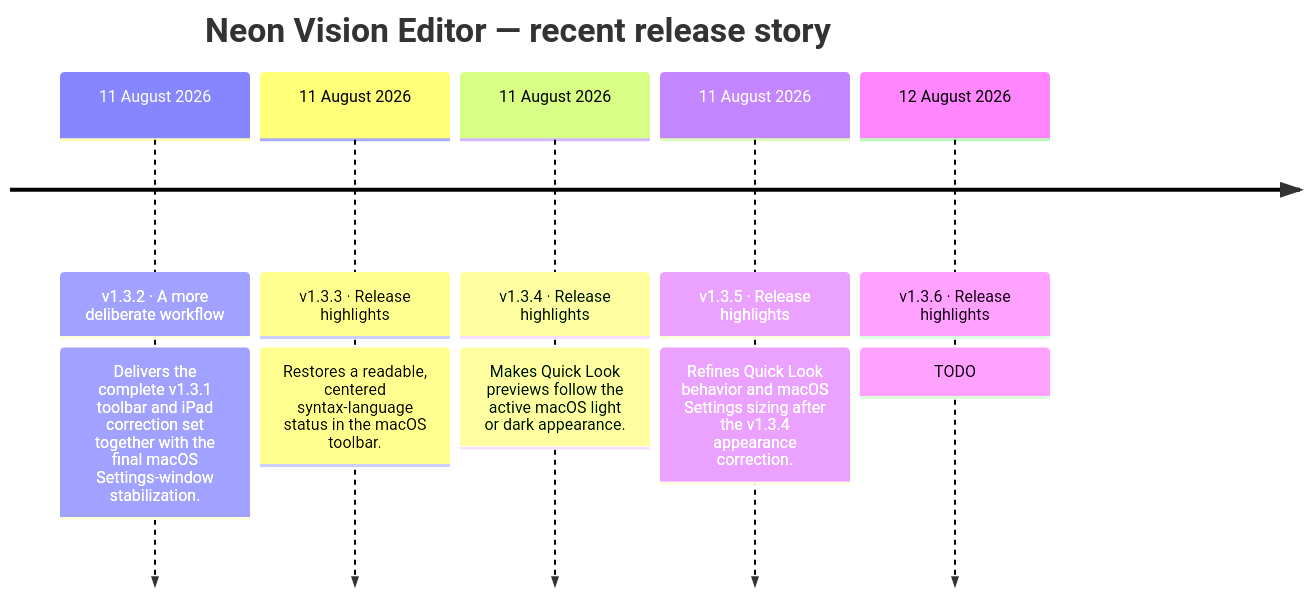
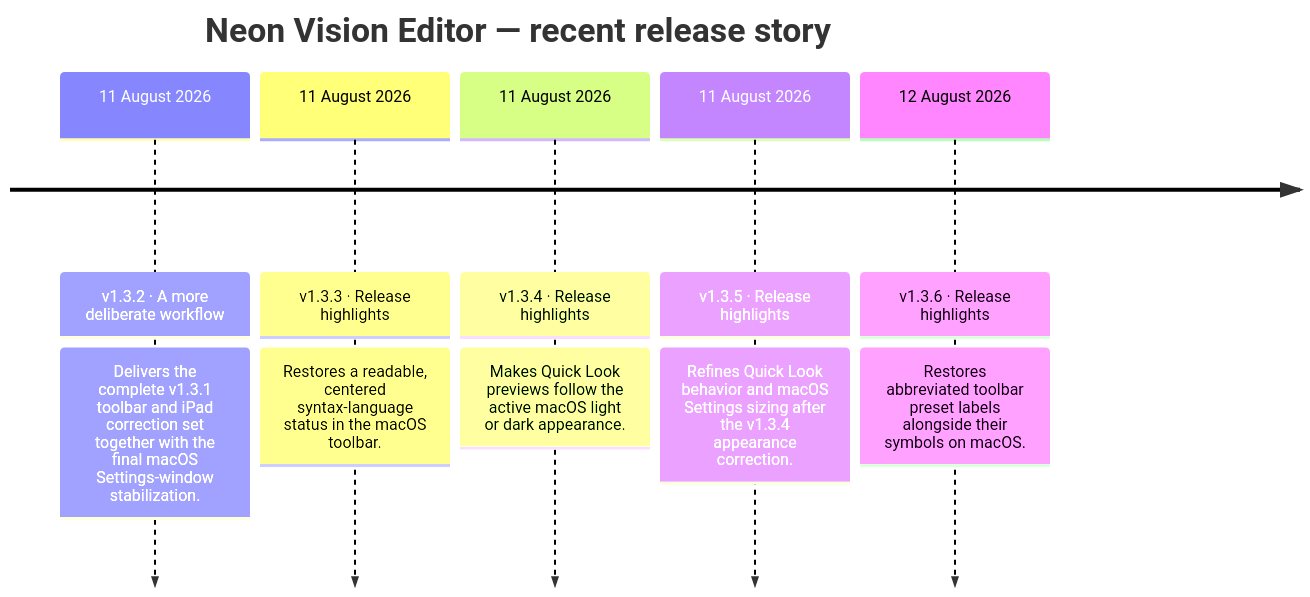
One commit to h3pdesign/Neon-Vision-Editor changed the second of 2 diagrams in README.md. Above: the diagram before and after it, drawn with Mermaid. The commit also changed other lines of this file and 2 other files, not shown here.

````diff
--- a/README.md
+++ b/README.md
@@ -769,14 +770,14 @@
 ```mermaid
 timeline
     title Neon Vision Editor — recent release story
     11 August 2026 : v1.3.2 · A more deliberate workflow
                 : Delivers the complete v1.3.1 toolbar and iPad correction set together with the final macOS Settings-window stabilization.
     11 August 2026 : v1.3.3 · Release highlights
                 : Restores a readable, centered syntax-language status in the macOS toolbar.
     11 August 2026 : v1.3.4 · Release highlights
                 : Makes Quick Look previews follow the active macOS light or dark appearance.
     11 August 2026 : v1.3.5 · Release highlights
                 : Refines Quick Look behavior and macOS Settings sizing after the v1.3.4 appearance correction.
     12 August 2026 : v1.3.6 · Release highlights
-                : TODO
+                : Restores abbreviated toolbar preset labels alongside their symbols on macOS.
 ```
````
